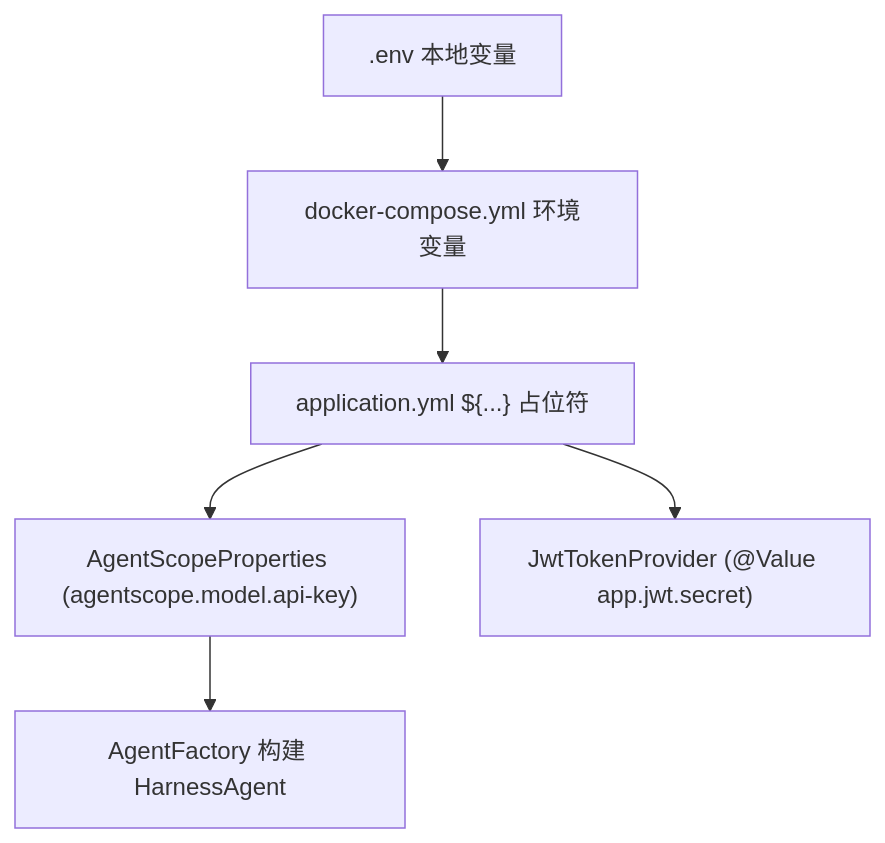
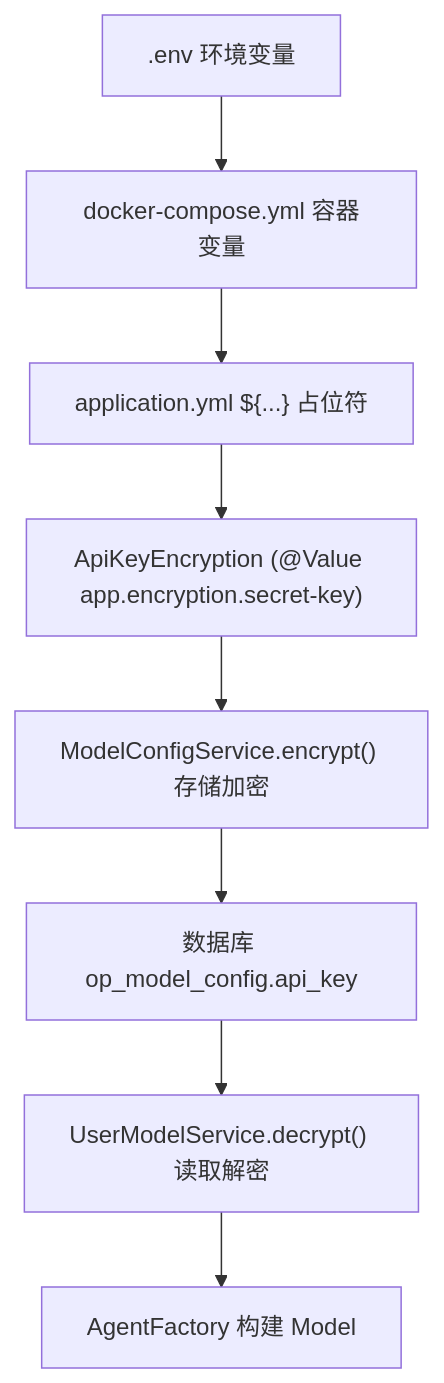
The third of 4 diagrams in .qoder/repowiki/zh/content/Spring Boot 集成架构.md (Miss-zhi/OfferPilot), drawn with Mermaid before and after one commit. The commit also changed other lines of this file and 117 other files, not shown here.

````diff
--- a/.qoder/repowiki/zh/content/Spring Boot 集成架构.md
+++ b/.qoder/repowiki/zh/content/Spring Boot 集成架构.md
@@ -135,8 +193,10 @@
 ```mermaid
 flowchart TD
-A[".env 本地变量"] --> B["docker-compose.yml 环境变量"]
+A[".env 环境变量"] --> B["docker-compose.yml 容器变量"]
 B --> C["application.yml ${...} 占位符"]
-C --> D["AgentScopeProperties (agentscope.model.api-key)"]
-D --> E["AgentFactory 构建 HarnessAgent"]
-C --> F["JwtTokenProvider (@Value app.jwt.secret)"]
+C --> D["ApiKeyEncryption (@Value app.encryption.secret-key)"]
+D --> E["ModelConfigService.encrypt() 存储加密"]
+E --> F["数据库 op_model_config.api_key"]
+F --> G["UserModelService.decrypt() 读取解密"]
+G --> H["AgentFactory 构建 Model"]
 ```
````
